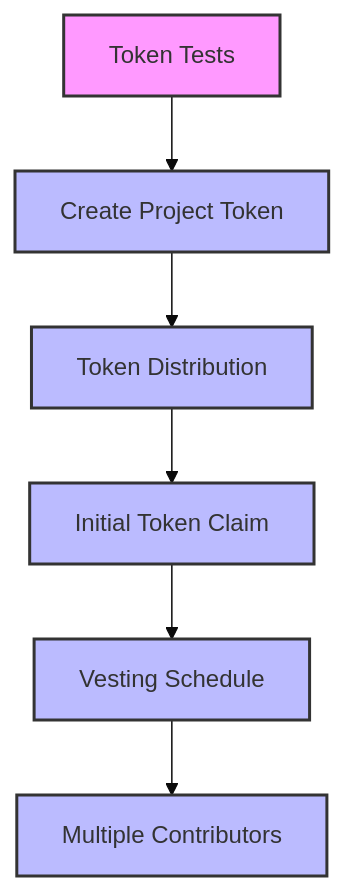
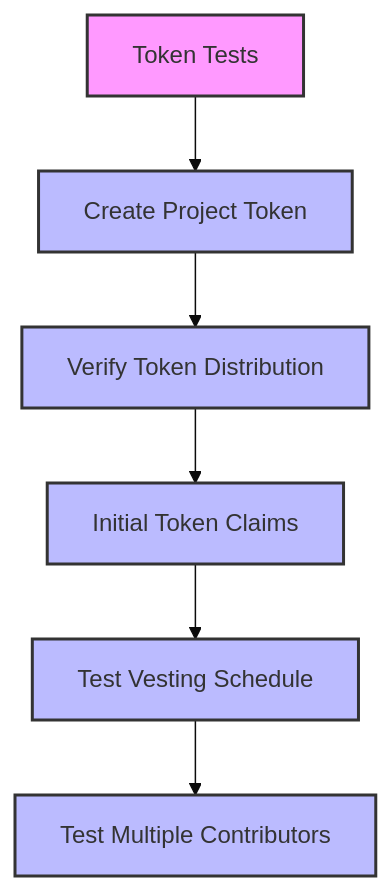
The second of 5 diagrams in packages/foundry/test/test-workflow.md (Buidl-Land/DappFlow), drawn with Mermaid (base theme) before and after one commit. The commit also changed other lines of this file and 22 other files, not shown here.

First line of the commit message:
Refactor project structure and enhance Diamond contract architecture

````diff
--- a/packages/foundry/test/test-workflow.md
+++ b/packages/foundry/test/test-workflow.md
@@ -23,15 +25,15 @@
 ```mermaid
 graph TD
     A[Token Tests] --> B[Create Project Token]
-    B --> C[Token Distribution]
-    C --> D[Initial Token Claim]
-    D --> E[Vesting Schedule]
-    E --> F[Multiple Contributors]
+    B --> C[Verify Token Distribution]
+    C --> D[Initial Token Claims]
+    D --> E[Test Vesting Schedule]
+    E --> F[Test Multiple Contributors]
 
     style A fill:#f9f,stroke:#333,stroke-width:2px
     style B fill:#bbf,stroke:#333,stroke-width:2px
     style C fill:#bbf,stroke:#333,stroke-width:2px
     style D fill:#bbf,stroke:#333,stroke-width:2px
     style E fill:#bbf,stroke:#333,stroke-width:2px
     style F fill:#bbf,stroke:#333,stroke-width:2px
 ```
````
